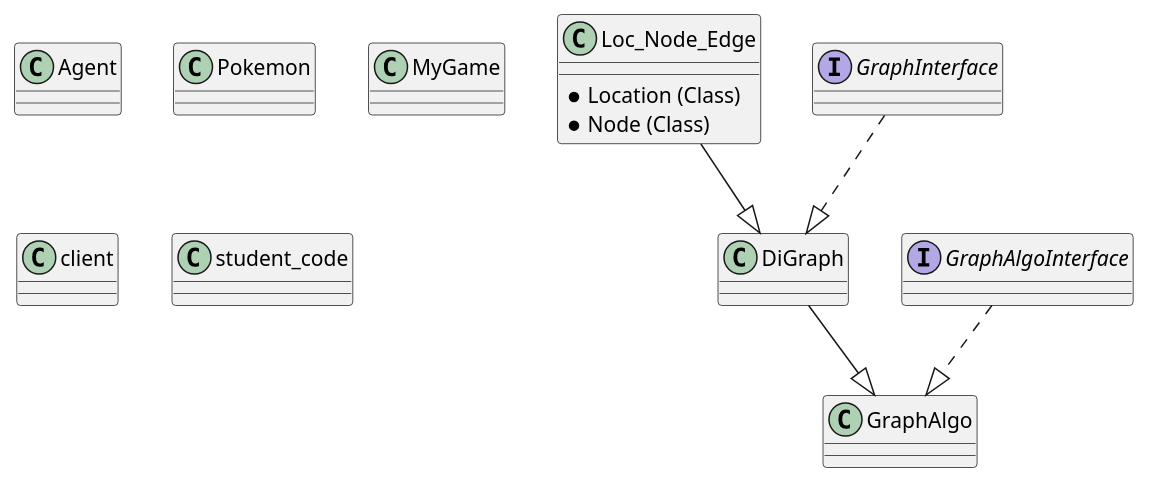
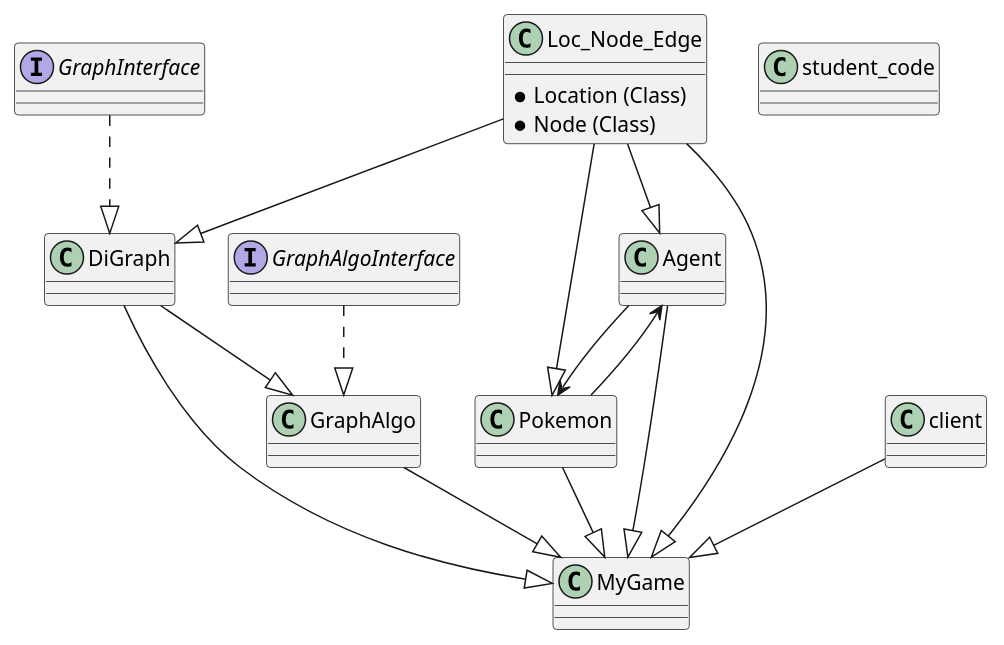
The diagram in diagram.puml (haimgoldfisher/OOP_Ex4), drawn with PlantUML before and after one commit. The commit also changed 5 other files, not shown here.

```diff
--- a/diagram.puml
+++ b/diagram.puml
@@ -1,60 +1,74 @@
 @startuml
 'https://plantuml.com/sequence-diagram
 
 class Loc_Node_Edge
 {
     * Location (Class)
     * Node (Class)
 }
 
 interface GraphInterface
 {
 
 }
 
 class DiGraph
 {
 
 }
 
 interface GraphAlgoInterface
 {
 
 }
 
 class GraphAlgo
 {
 
 }
 
 class Agent
 {
 
 }
 
 class Pokemon
 {
 
 }
 
 class MyGame
 {
 
 }
 
 class client
 {
 
 }
 
 class student_code
 {
 
 }
 
 Loc_Node_Edge --|> DiGraph
 GraphAlgoInterface ..|> GraphAlgo
 GraphInterface ..|> DiGraph
 DiGraph --|> GraphAlgo
 
+Loc_Node_Edge --|> Pokemon
+Loc_Node_Edge --|> Agent
+
+Pokemon --> Agent
+Agent --> Pokemon
+
+Loc_Node_Edge --|> MyGame
+DiGraph --|> MyGame
+GraphAlgo --|> MyGame
+Pokemon --|> MyGame
+client --|> MyGame
+Agent --|> MyGame
+
+
 @enduml
```
